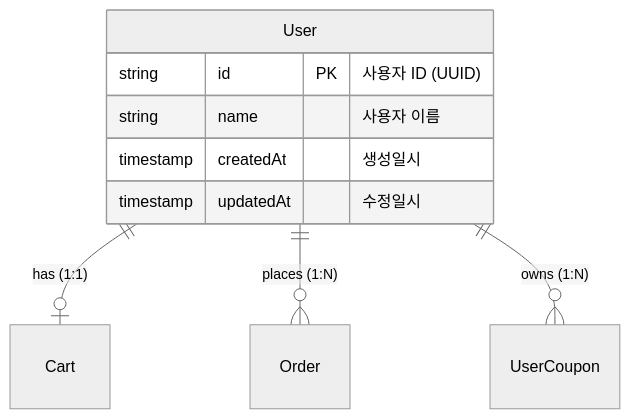
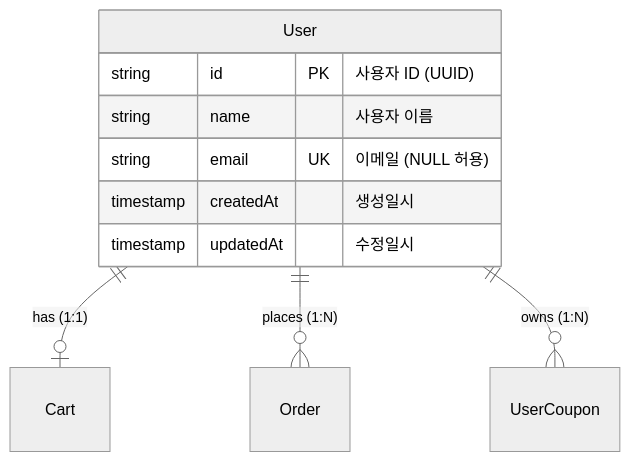
One commit to ywj3493/hhplus-e-commerce changed the second of 13 diagrams in docs/dev/dashboard/data-model.md. Above: the diagram before and after it, drawn with Mermaid (neutral theme). The commit also changed other lines of this file and 23 other files, not shown here.

````diff
--- a/docs/dev/dashboard/data-model.md
+++ b/docs/dev/dashboard/data-model.md
@@ -126,13 +126,14 @@
 ```mermaid
 erDiagram
     User {
         string id PK "사용자 ID (UUID)"
         string name "사용자 이름"
+        string email UK "이메일 (NULL 허용)"
         timestamp createdAt "생성일시"
         timestamp updatedAt "수정일시"
     }
 
     User ||--o| Cart : "has (1:1)"
     User ||--o{ Order : "places (1:N)"
     User ||--o{ UserCoupon : "owns (1:N)"
 ```
````
